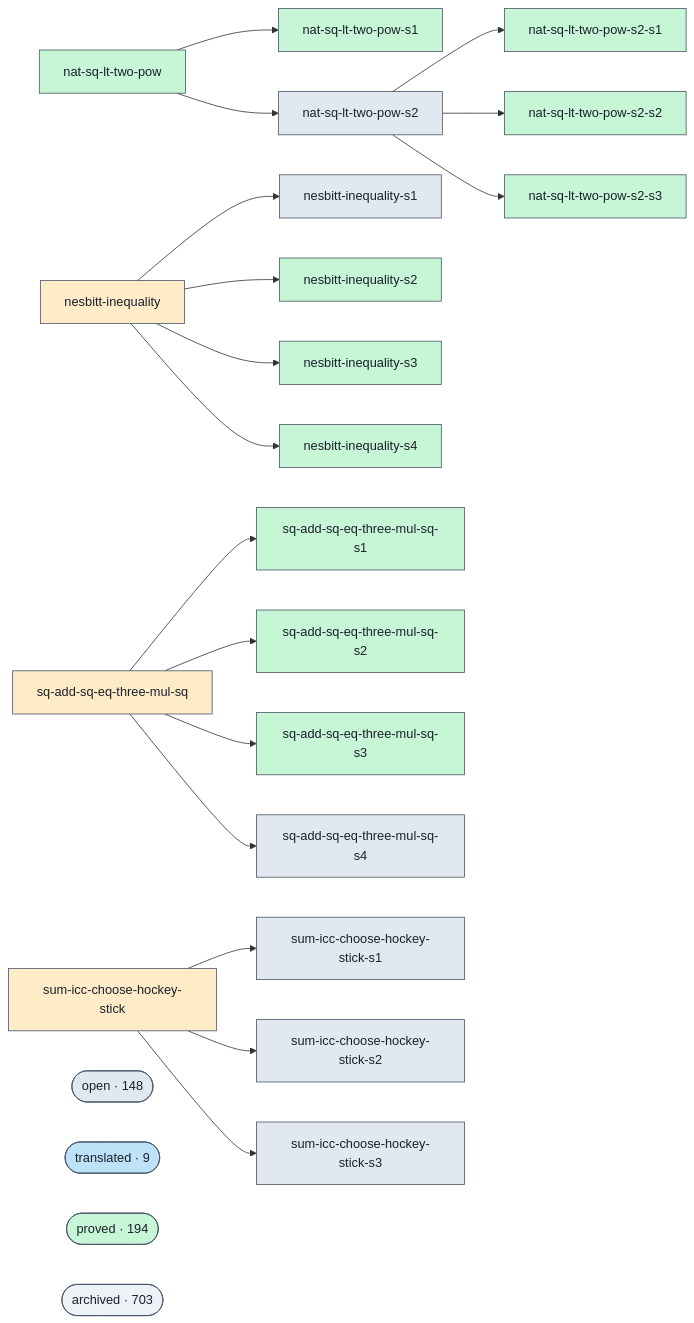
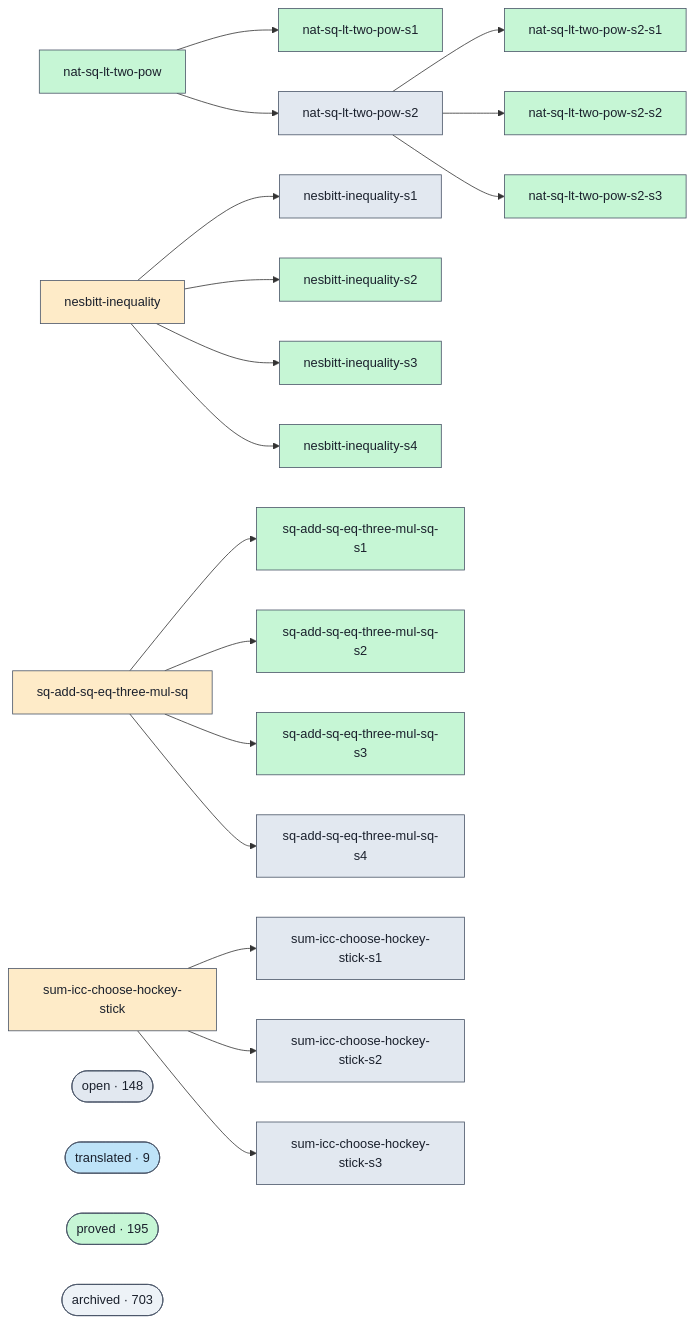
The diagram in docs/proofs-contributors-visualisation.md (ohdearquant/unsorry), drawn with Mermaid before and after one commit. The commit also changed other lines of this file and 2 other files, not shown here.

```diff
--- a/docs/proofs-contributors-visualisation.md
+++ b/docs/proofs-contributors-visualisation.md
@@ -102,7 +102,7 @@
   class cluster_open open;
   cluster_translated(["translated · 9"])
   class cluster_translated translated;
-  cluster_proved(["proved · 194"])
+  cluster_proved(["proved · 195"])
   class cluster_proved proved;
   cluster_archived(["archived · 703"])
   class cluster_archived unknown;
```
